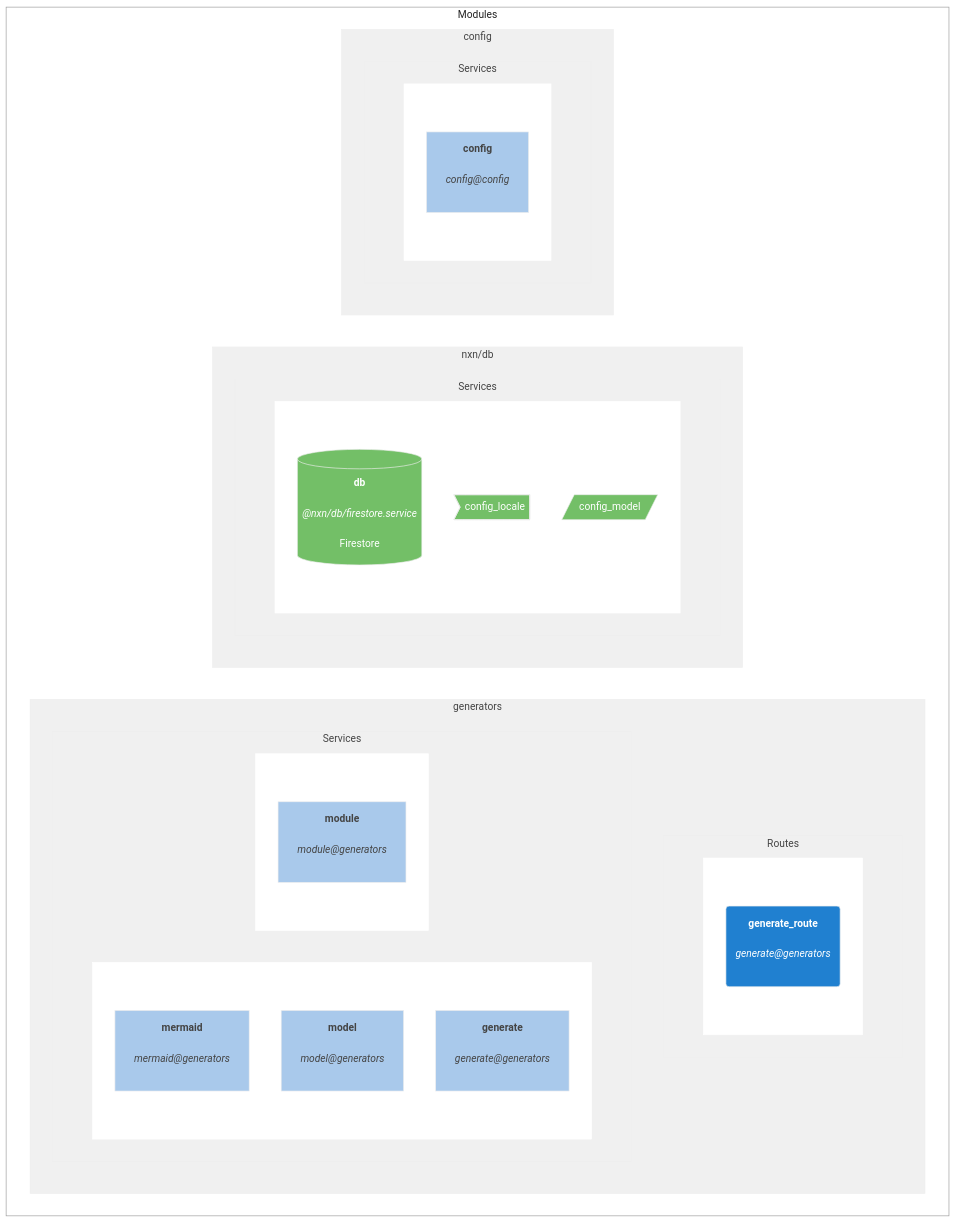
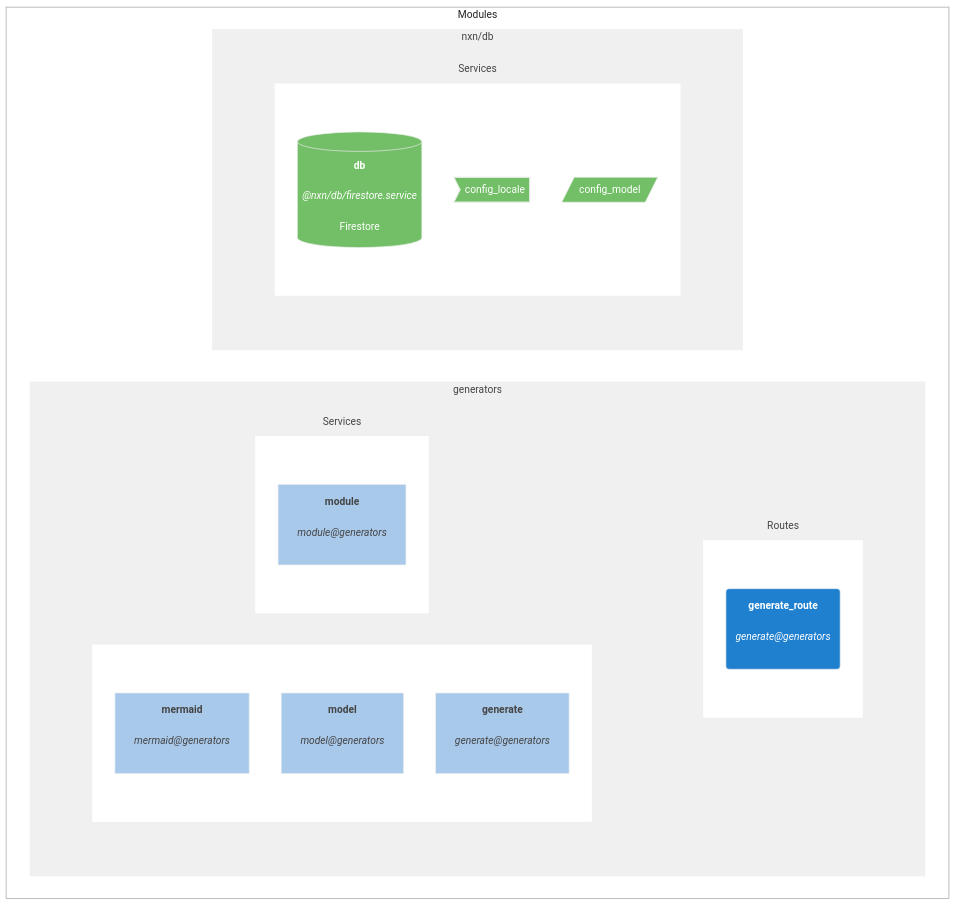
Before and after one commit to franck-yvetot/nxn-cli: the diagram in client_data/default/config_default.modules.README.mmd, drawn with Mermaid (neutral theme). The commit also changed 2 other files, not shown here.

```diff
--- a/client_data/default/config_default.modules.README.mmd
+++ b/client_data/default/config_default.modules.README.mmd
@@ -1,103 +1,82 @@
 graph TB;
 
 subgraph Modules
     direction LR;
     classDef nodeCls fill:#9C57BF,stroke:#eee,color:#fff
     classDef routeCls fill:#2080D0,stroke:#eee,color:#fff
     classDef nodCls fill:#9C57BF,stroke:#eee,color:#fff
     classDef serviceCls fill:#A9C9EB,stroke:#eee,color:#444
     classDef dataCls fill:#73BF67,stroke:#eee,color:#fff
     classDef localeCls fill:#73BF67,stroke:#eee,color:#fff
 
 subgraph generators
 direction TB;
 
 subgraph generators:routes["Routes"]
 direction LR;
 
 subgraph generators_routes1
 direction TB;
     generate_route_doc("<b>generate_route</b><br><br><i>generate@generators</i><br><br>"):::routeCls
 
 end
 style generators_routes1 fill:#fff,stroke:#fff,color:#fff
 
 end
 style generators:routes fill:#f0f0f0,stroke:#eee,color:#444
 
 
 subgraph generators:services["Services"]
 direction LR;
 
 subgraph generators_services1
 direction TB;
     mermaid_doc["<b>mermaid</b><br><br><i>mermaid@generators</i><br><br>"]:::serviceCls
 
     model_doc["<b>model</b><br><br><i>model@generators</i><br><br>"]:::serviceCls
 
     generate_doc["<b>generate</b><br><br><i>generate@generators</i><br><br>"]:::serviceCls
 
 end
 style generators_services1 fill:#fff,stroke:#fff,color:#fff
 
 
 subgraph generators_services2
 direction TB;
     module_doc["<b>module</b><br><br><i>module@generators</i><br><br>"]:::serviceCls
 
 end
 style generators_services2 fill:#fff,stroke:#fff,color:#fff
 
 end
 style generators:services fill:#f0f0f0,stroke:#eee,color:#444
 
 end
 style generators fill:#f0f0f0,stroke:#eee,color:#444
 
 
 
 subgraph nxn/db
 direction TB;
 
 subgraph nxn/db:services["Services"]
 direction LR;
 
 subgraph nxn/db_services1
 direction TB;
     db_doc[("<b>db</b><br><br><i>@nxn/db/firestore.service</i><br><br>Firestore")]:::dataCls
 
     config_locale_doc>"config_locale"]:::localeCls
 
     config_model_doc[/"config_model"/]:::dataCls
 
 end
 style nxn/db_services1 fill:#fff,stroke:#fff,color:#fff
 
 end
 style nxn/db:services fill:#f0f0f0,stroke:#eee,color:#444
 
 end
 style nxn/db fill:#f0f0f0,stroke:#eee,color:#444
-
-
-
-subgraph config
-direction TB;
-
-subgraph config:services["Services"]
-direction LR;
-
-subgraph config_services1
-direction TB;
-    config_doc["<b>config</b><br><br><i>config@config</i><br><br>"]:::serviceCls
-
-end
-style config_services1 fill:#fff,stroke:#fff,color:#fff
-
-end
-style config:services fill:#f0f0f0,stroke:#eee,color:#444
-
-end
-style config fill:#f0f0f0,stroke:#eee,color:#444
 end
 style Modules fill:#fff,stroke:#999,color:#222
```
